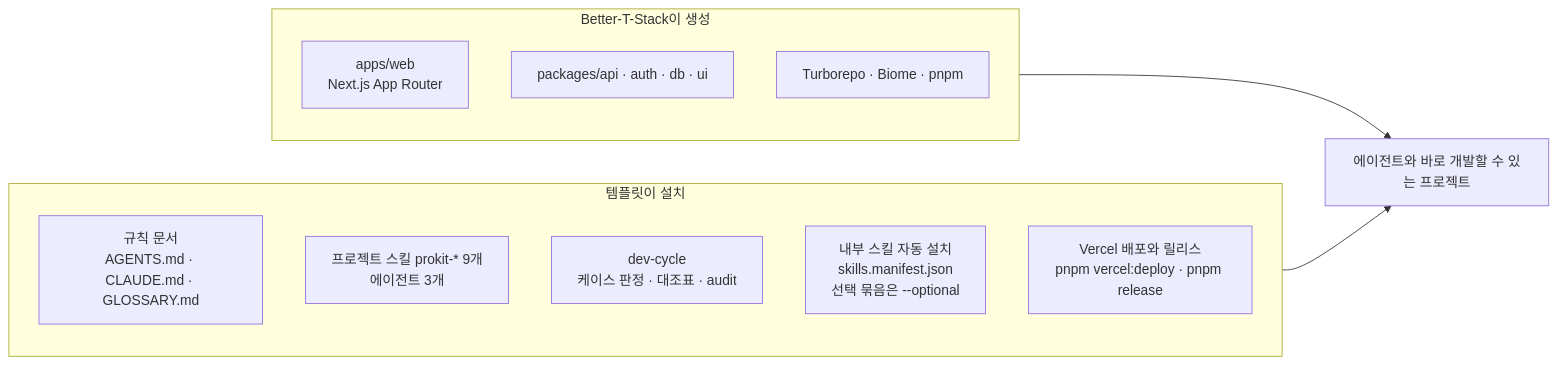
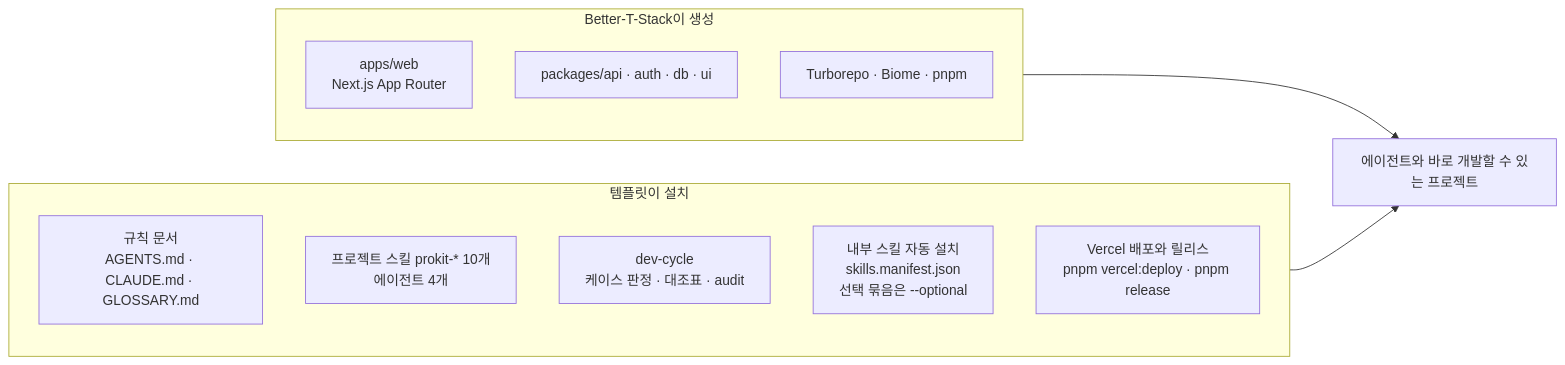
One commit to roadkwon-ai/pro-kit changed the diagram in handbook/templates/what-it-adds.md. Above: the diagram before and after it, drawn with Mermaid. The commit also changed other lines of this file and 169 other files, not shown here.

````diff
--- a/handbook/templates/what-it-adds.md
+++ b/handbook/templates/what-it-adds.md
@@ -8,19 +8,19 @@
 ```mermaid
 flowchart LR
   subgraph BTS["Better-T-Stack이 생성"]
     direction TB
     B1["apps/web<br/>Next.js App Router"]
     B2["packages/api · auth · db · ui"]
     B3["Turborepo · Biome · pnpm"]
   end
   subgraph TPL["템플릿이 설치"]
     direction TB
     T1["규칙 문서<br/>AGENTS.md · CLAUDE.md · GLOSSARY.md"]
-    T2["프로젝트 스킬 prokit-* 9개<br/>에이전트 3개"]
+    T2["프로젝트 스킬 prokit-* 10개<br/>에이전트 4개"]
     T3["dev-cycle<br/>케이스 판정 · 대조표 · audit"]
     T4["내부 스킬 자동 설치<br/>skills.manifest.json<br/>선택 묶음은 --optional"]
     T5["Vercel 배포와 릴리스<br/>pnpm vercel:deploy · pnpm release"]
   end
   BTS --> APP["에이전트와 바로 개발할 수 있는 프로젝트"]
   TPL --> APP
 ```
````
